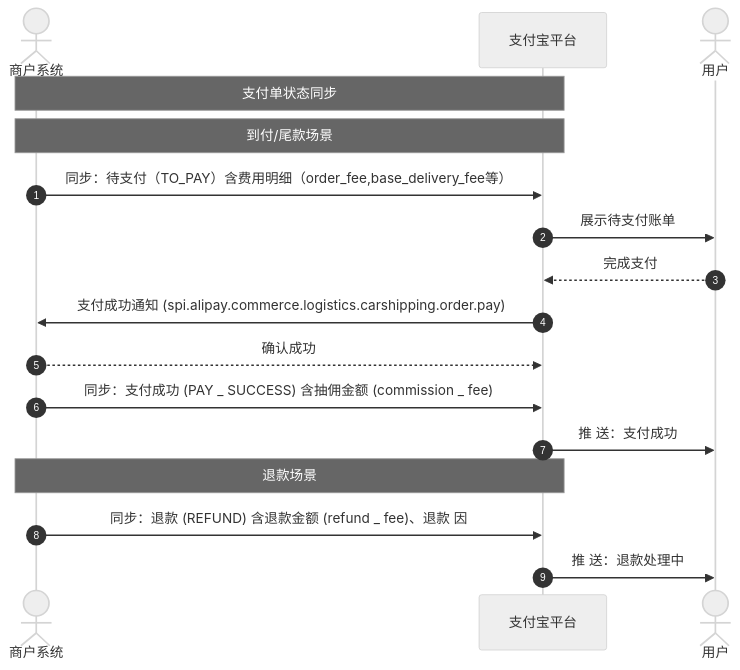
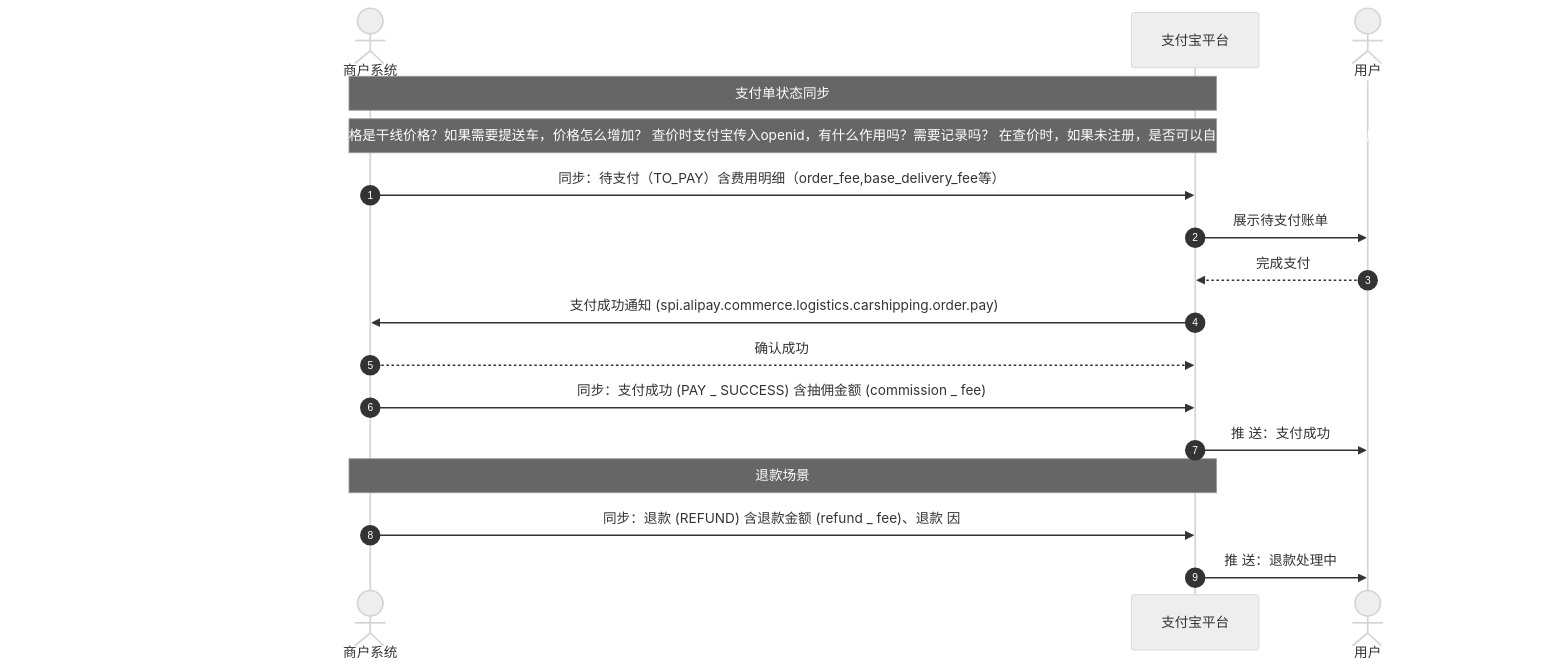
The diagram in mmd/支付单状态同步时序_b3042cb3-08c1-43b5-b440-32d3f6443821.mmd (pingpm/mermaid_vault), drawn with Mermaid (neutral theme) before and after one commit. The commit also changed 2 other files, not shown here.

Commit message:
Sync Mermaid Studio data (15 diagrams)

```diff
--- a/mmd/支付单状态同步时序_b3042cb3-08c1-43b5-b440-32d3f6443821.mmd
+++ b/mmd/支付单状态同步时序_b3042cb3-08c1-43b5-b440-32d3f6443821.mmd
@@ -1,17 +1,17 @@
 sequenceDiagram
   autonumber
   actor p0 as 商户系统
   participant p1 as ⽀付宝平台
   actor p2 as 用户
   Note over p0,p1: ⽀付单状态同步
-  Note over p0,p1: 到付/尾款场景
+  Note over p0,p1: 是否需要提车和送车在查价接口中没有参数，查出来的价格是干线价格？如果需要提送车，价格怎么增加？ 查价时支付宝传入openid，有什么作用吗？需要记录吗？ 在查价时，如果未注册，是否可以自动使用客户手机号静默注册？后续在下单时就无需授权？
   p0->>p1: 同步：待支付（TO_PAY）含费用明细（order_fee,base_delivery_fee等）
   p1->>p2: 展示待⽀付账单
   p2-->>p1: 完成⽀付
   p1->>p0: ⽀付成功通知 (spi.alipay.commerce.logistics.carshipping.order.pay)
   p0-->>p1: 确认成功
   p0->>p1: 同步：⽀付成功 (PAY _ SUCCESS) 含抽佣⾦额 (commission _ fee)
   p1->>p2: 推 送：⽀付成功
   Note over p0,p1: 退款场景
   p0->>p1: 同步：退款 (REFUND) 含退款⾦额 (refund _ fee)、退款 因
   p1->>p2: 推 送：退款处理中
```
